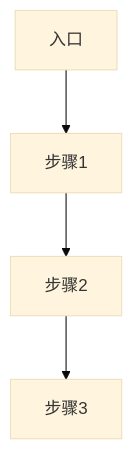
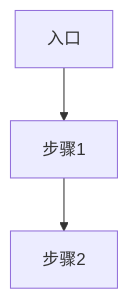
One commit to hproof/claude-market-gamedev changed the third of 3 diagrams in plugins/code-analyzer/skills/module-analyzer/SKILL.md. Above: the diagram before and after it, drawn with Mermaid. The commit also changed other lines of this file and 5 other files, not shown here.

````diff
--- a/plugins/code-analyzer/skills/module-analyzer/SKILL.md
+++ b/plugins/code-analyzer/skills/module-analyzer/SKILL.md
@@ -254,7 +208,5 @@
 ```mermaid
-%%{init: {'theme': 'base', 'flowchart': { 'useMaxWidth': true, 'padding': 16, 'nodeSpacing': 50, 'rankSpacing': 60 }}}%%
 graph TD
     Entry[入口] --> Step1[步骤1]
     Step1 --> Step2[步骤2]
-    Step2 --> Step3[步骤3]
 ```
````
